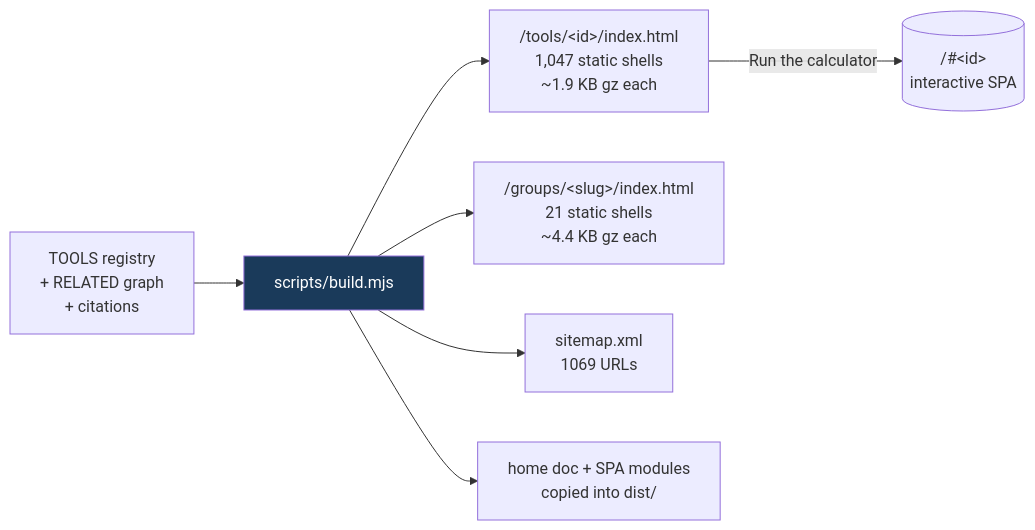
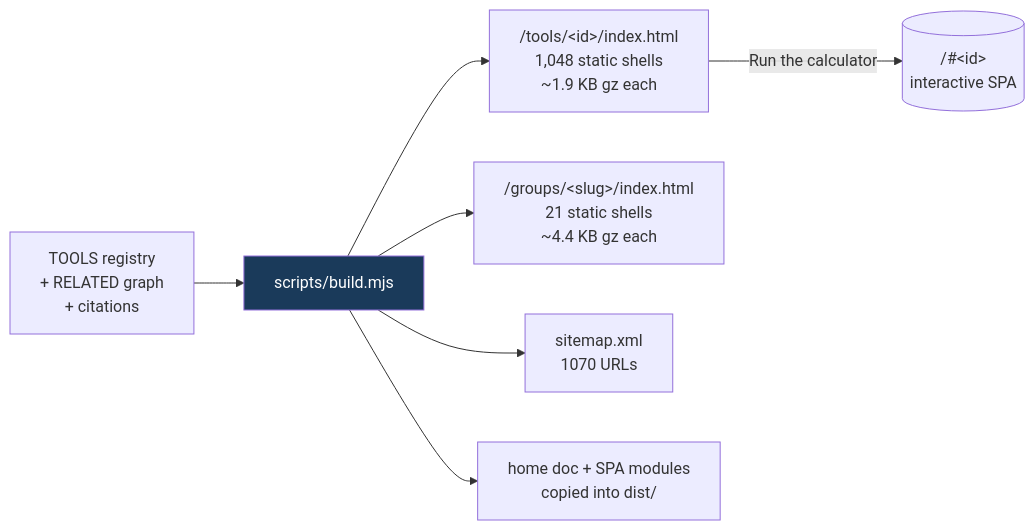
One commit to clay-good/roughlogic.com changed the fifth of 8 diagrams in README.md. Above: the diagram before and after it, drawn with Mermaid. The commit also changed other lines of this file and 15 other files, not shown here.

````diff
--- a/README.md
+++ b/README.md
@@ -495,10 +495,10 @@
 ```mermaid
 flowchart LR
     SRC[TOOLS registry\n+ RELATED graph\n+ citations] --> BUILD[scripts/build.mjs]
-    BUILD --> TILE["/tools/&lt;id&gt;/index.html\n1,047 static shells\n~1.9 KB gz each"]
+    BUILD --> TILE["/tools/&lt;id&gt;/index.html\n1,048 static shells\n~1.9 KB gz each"]
     BUILD --> GROUP["/groups/&lt;slug&gt;/index.html\n21 static shells\n~4.4 KB gz each"]
-    BUILD --> MAP["sitemap.xml\n1069 URLs"]
+    BUILD --> MAP["sitemap.xml\n1070 URLs"]
     BUILD --> COPY[home doc + SPA modules\ncopied into dist/]
     TILE -->|Run the calculator| SPA[("/#&lt;id&gt;\ninteractive SPA")]
     style BUILD fill:#1a3a5a,color:#fff
 ```
````
